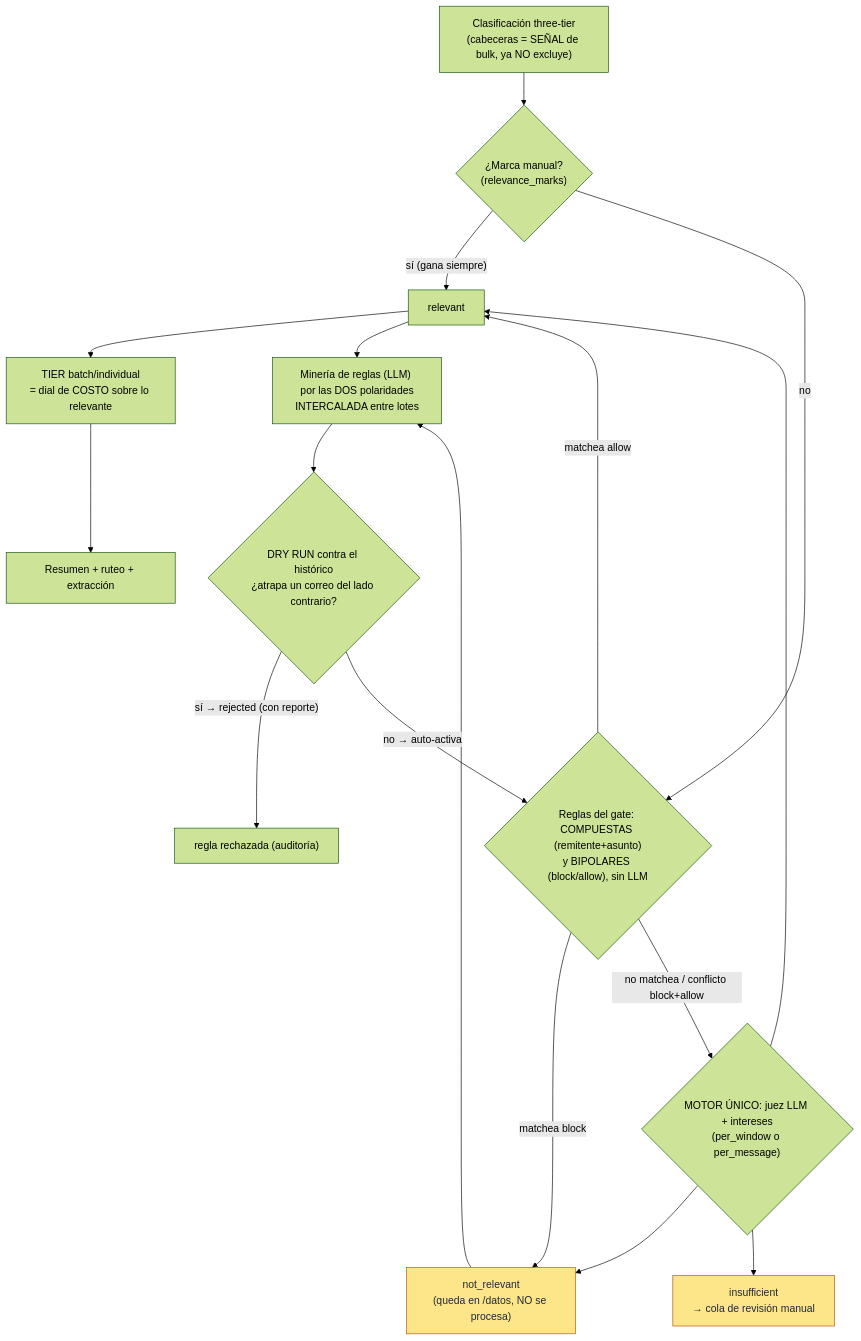
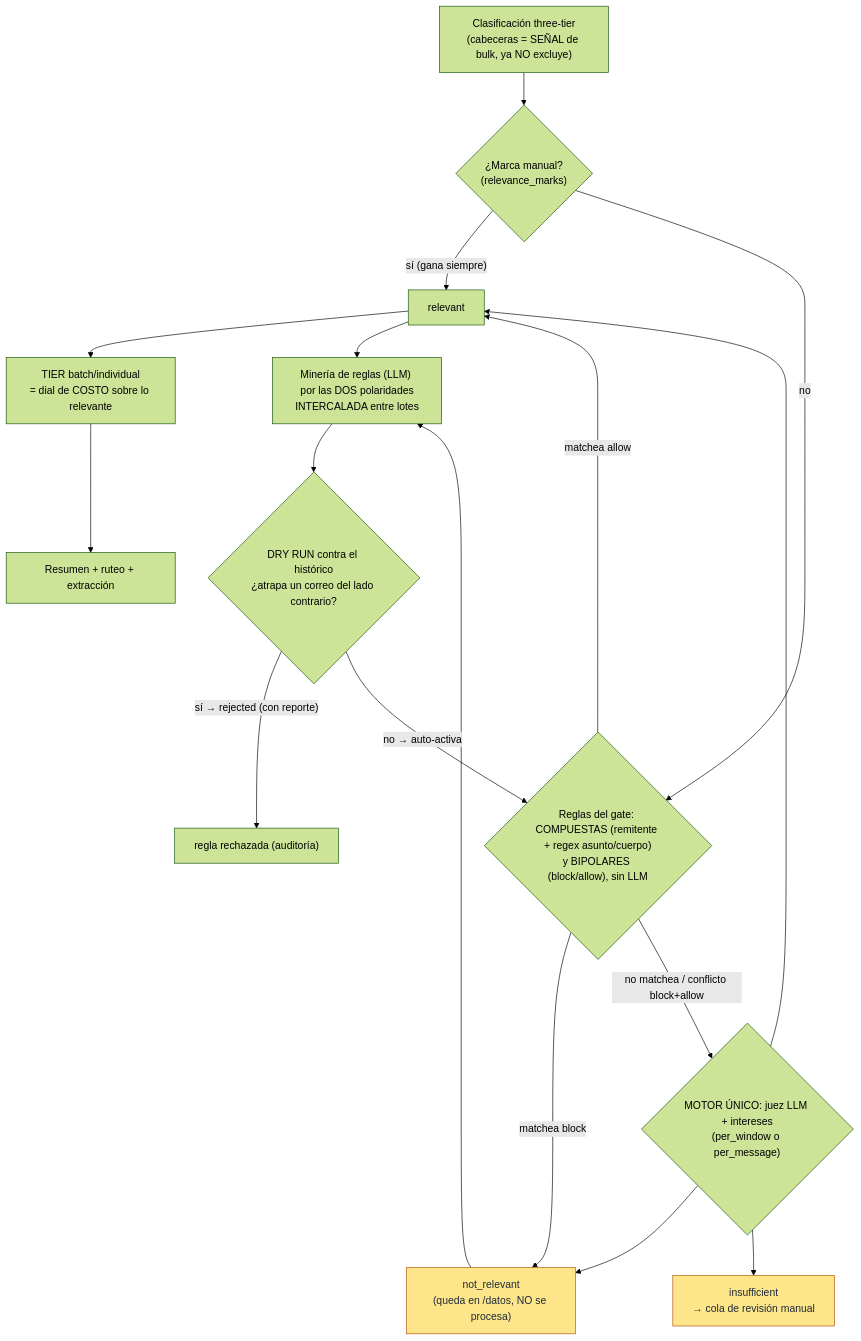
The diagram in docs/modulo-relevancia.md (CoKeFish/memex), drawn with Mermaid (forest theme) before and after one commit. The commit also changed other lines of this file, not shown here.

First line of the commit message:
docs(relevance): regex sobre asunto/cuerpo + match_field (0077)

````diff
--- a/docs/modulo-relevancia.md
+++ b/docs/modulo-relevancia.md
@@ -45,31 +50,31 @@
 ```mermaid
 flowchart TB
   cls["Clasificación three-tier<br/>(cabeceras = SEÑAL de bulk, ya NO excluye)"]
   mark{"¿Marca manual?<br/>(relevance_marks)"}
-  rules{"Reglas del gate: COMPUESTAS (remitente+asunto)<br/>y BIPOLARES (block/allow), sin LLM"}
+  rules{"Reglas del gate: COMPUESTAS (remitente + regex asunto/cuerpo)<br/>y BIPOLARES (block/allow), sin LLM"}
   llm{"MOTOR ÚNICO: juez LLM + intereses<br/>(per_window o per_message)"}
   rel["relevant"]
   norel["not_relevant<br/>(queda en /datos, NO se procesa)"]
   insuf["insufficient<br/>→ cola de revisión manual"]
   tier["TIER batch/individual<br/>= dial de COSTO sobre lo relevante"]
   pipe["Resumen + ruteo + extracción"]
   mine["Minería de reglas (LLM) por las DOS polaridades<br/>INTERCALADA entre lotes"]
   dry{"DRY RUN contra el histórico<br/>¿atrapa un correo del lado contrario?"}
 
   cls --> mark
   mark -- "sí (gana siempre)" --> rel
   mark -- "no" --> rules
   rules -- "matchea block" --> norel
   rules -- "matchea allow" --> rel
   rules -- "no matchea / conflicto block+allow" --> llm
   llm --> rel & norel & insuf
   rel --> tier --> pipe
   rel --> mine
   norel --> mine
   mine --> dry
   dry -- "sí → rejected (con reporte)" --> x["regla rechazada (auditoría)"]
   dry -- "no → auto-activa" --> rules
 
   classDef store fill:#fde68a,stroke:#b45309,color:#1f2937;
   class norel,insuf store;
 ```
````
